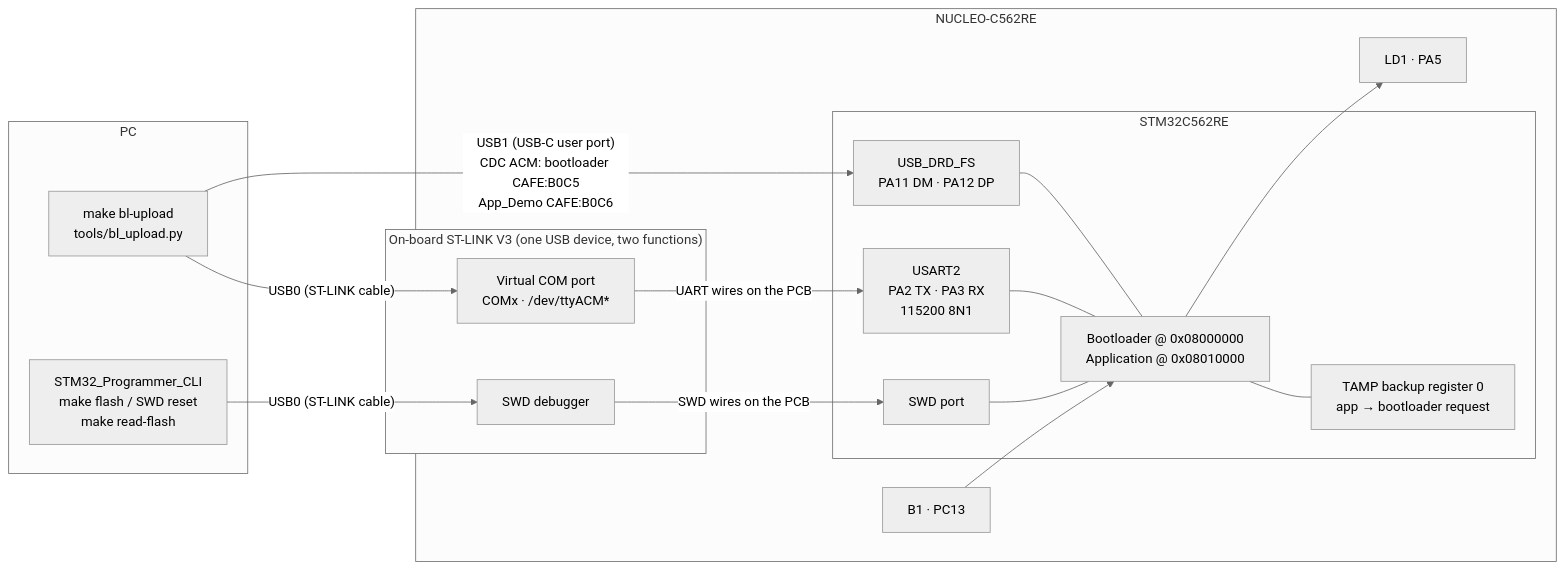
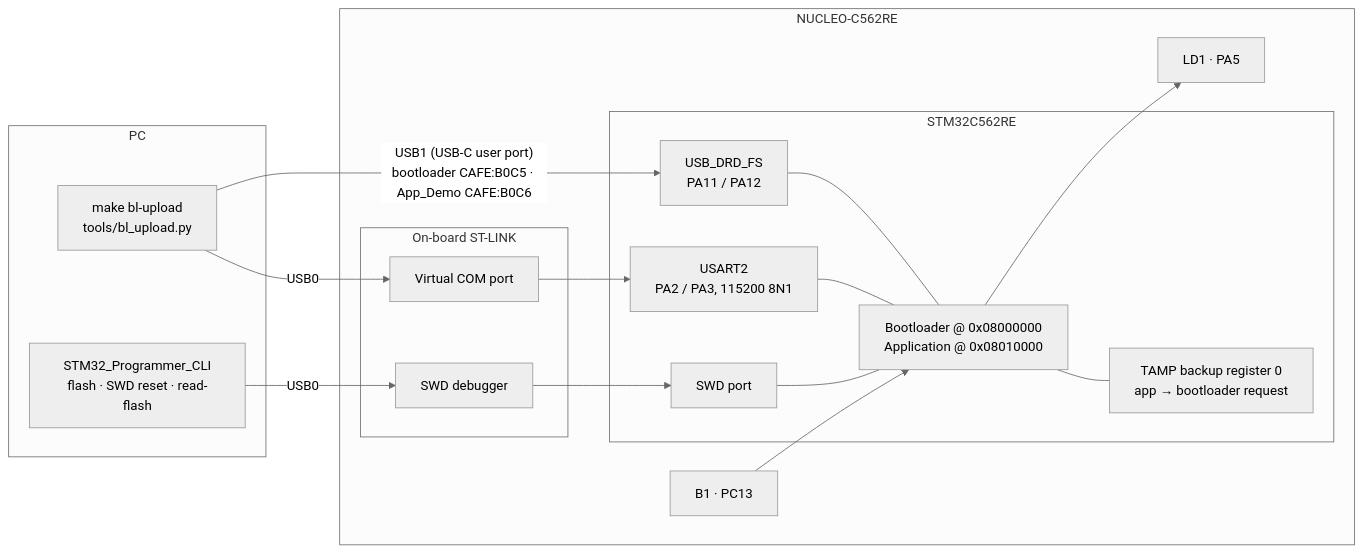
The first of 2 diagrams in Projects/Bootloader/ARCHITECTURE.md (bbzorba/STM32C5-NUCLEO-Security-Projects), drawn with Mermaid (neutral theme) before and after one commit. The commit also changed other lines of this file and 2 other files, not shown here.

First line of the commit message:
Docs: shorter, direct READMEs and architecture doc

````diff
--- a/Projects/Bootloader/ARCHITECTURE.md
+++ b/Projects/Bootloader/ARCHITECTURE.md
@@ -8,35 +7,35 @@
 ```mermaid
 flowchart LR
     subgraph PC
         TOOL["make bl-upload<br/>tools/bl_upload.py"]
-        PROG["STM32_Programmer_CLI<br/>make flash / SWD reset<br/>make read-flash"]
+        PROG["STM32_Programmer_CLI<br/>flash · SWD reset · read-flash"]
     end
 
     subgraph BOARD["NUCLEO-C562RE"]
-        subgraph STLINK["On-board ST-LINK V3 (one USB device, two functions)"]
-            VCP["Virtual COM port<br/>COMx · /dev/ttyACM*"]
+        subgraph STLINK["On-board ST-LINK"]
+            VCP["Virtual COM port"]
             DBG["SWD debugger"]
         end
         subgraph MCU["STM32C562RE"]
-            UART["USART2<br/>PA2 TX · PA3 RX<br/>115200 8N1"]
+            UART["USART2<br/>PA2 / PA3, 115200 8N1"]
             SWD["SWD port"]
-            USBP["USB_DRD_FS<br/>PA11 DM · PA12 DP"]
+            USBP["USB_DRD_FS<br/>PA11 / PA12"]
             CORE["Bootloader @ 0x08000000<br/>Application @ 0x08010000"]
             BKP["TAMP backup register 0<br/>app → bootloader request"]
         end
         B1["B1 · PC13"]
         LD1["LD1 · PA5"]
     end
 
-    TOOL -- "USB0 (ST-LINK cable)" --> VCP
-    PROG -- "USB0 (ST-LINK cable)" --> DBG
-    TOOL -- "USB1 (USB-C user port)<br/>CDC ACM: bootloader CAFE:B0C5<br/>App_Demo CAFE:B0C6" --> USBP
-    VCP -- "UART wires on the PCB" --> UART
-    DBG -- "SWD wires on the PCB" --> SWD
+    TOOL -- "USB0" --> VCP
+    PROG -- "USB0" --> DBG
+    TOOL -- "USB1 (USB-C user port)<br/>bootloader CAFE:B0C5 · App_Demo CAFE:B0C6" --> USBP
+    VCP --> UART
+    DBG --> SWD
     UART --- CORE
     USBP --- CORE
     SWD --- CORE
     CORE --- BKP
     B1 --> CORE
     CORE --> LD1
 ```
````
